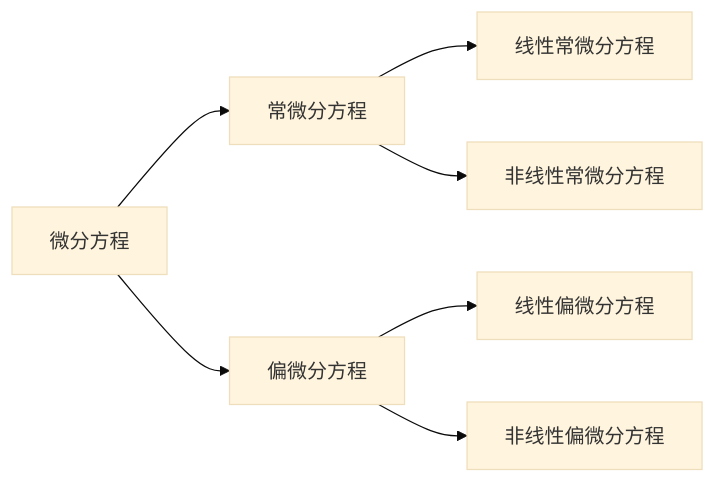
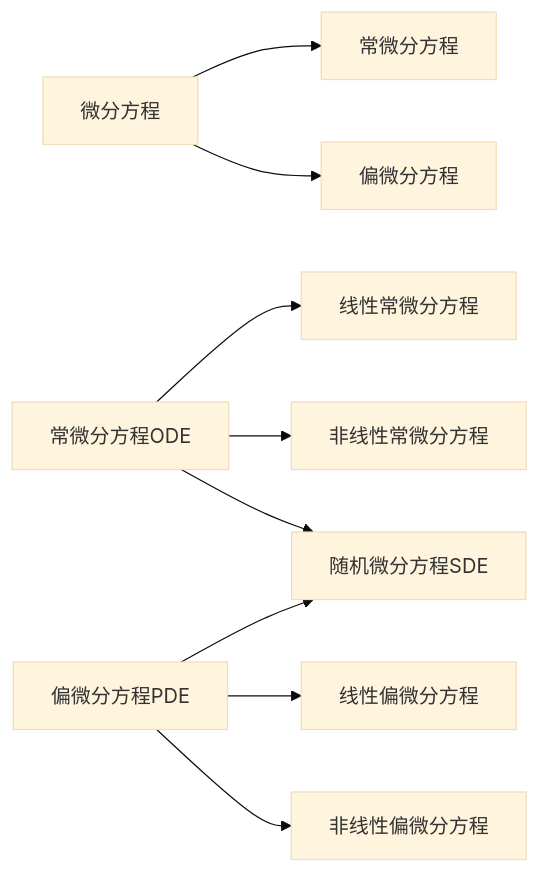
One commit to UNLINEARITY/Atlas-of-Control-and-AI changed the first of 2 diagrams in src/site/notes/微分方程.md. Above: the diagram before and after it, drawn with Mermaid (base theme). The commit also changed other lines of this file and 69 other files, not shown here.

````diff
--- a/src/site/notes/微分方程.md
+++ b/src/site/notes/微分方程.md
@@ -14,6 +15,6 @@
 ```mermaid
 graph LR
 微分方程--> 常微分方程 & 偏微分方程
-常微分方程--> 线性常微分方程 & 非线性常微分方程
-偏微分方程--> 线性偏微分方程 & 非线性偏微分方程
+常微分方程ODE--> 线性常微分方程 & 非线性常微分方程 & 随机微分方程SDE
+偏微分方程PDE--> 线性偏微分方程 & 非线性偏微分方程 & 随机微分方程SDE
 ```
````
